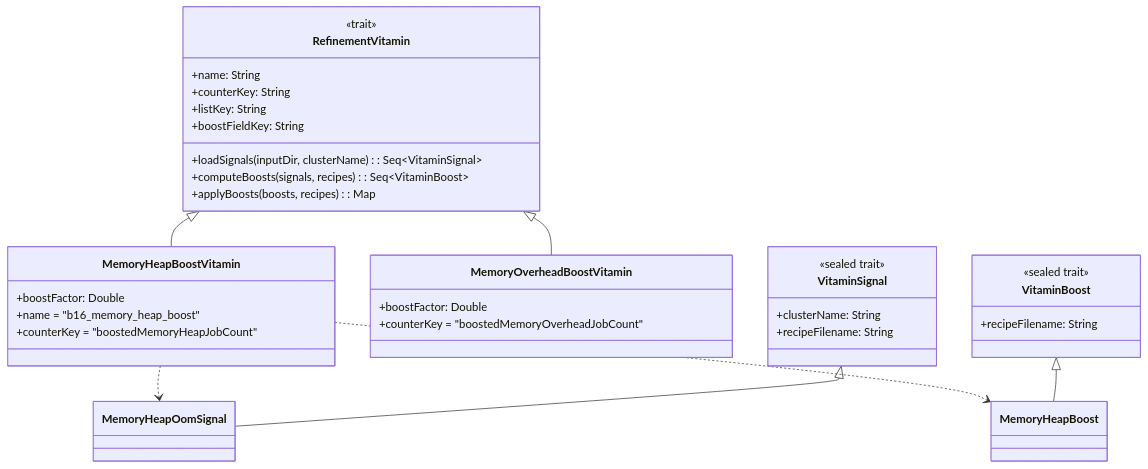
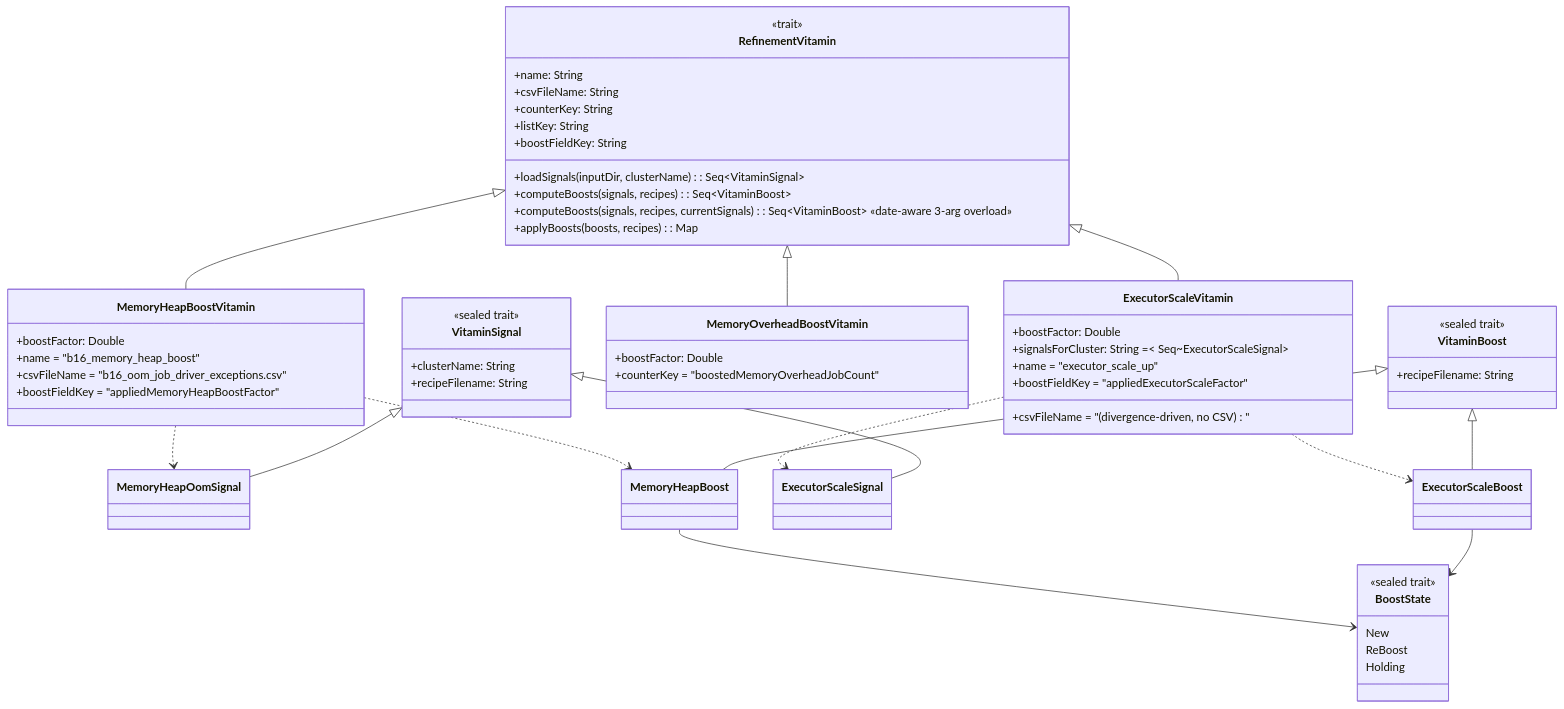
One commit to albertols/spark-cluster-job-tuner changed the third of 3 diagrams in src/main/scala/com/db/serna/orchestration/cluster_tuning/single/refinement/_REFINEMENT.md. Above: the diagram before and after it, drawn with Mermaid. The commit also changed other lines of this file and 3 other files, not shown here.

````diff
--- a/src/main/scala/com/db/serna/orchestration/cluster_tuning/single/refinement/_REFINEMENT.md
+++ b/src/main/scala/com/db/serna/orchestration/cluster_tuning/single/refinement/_REFINEMENT.md
@@ -165,43 +187,68 @@
 ```mermaid
 classDiagram
     class RefinementVitamin {
         <<trait>>
         +name: String
+        +csvFileName: String
         +counterKey: String
         +listKey: String
         +boostFieldKey: String
         +loadSignals(inputDir, clusterName): Seq~VitaminSignal~
         +computeBoosts(signals, recipes): Seq~VitaminBoost~
+        +computeBoosts(signals, recipes, currentSignals): Seq~VitaminBoost~  «date-aware 3-arg overload»
         +applyBoosts(boosts, recipes): Map
     }
 
     class MemoryHeapBoostVitamin {
         +boostFactor: Double
         +name = "b16_memory_heap_boost"
-        +counterKey = "boostedMemoryHeapJobCount"
+        +csvFileName = "b16_oom_job_driver_exceptions.csv"
+        +boostFieldKey = "appliedMemoryHeapBoostFactor"
+    }
+
+    class ExecutorScaleVitamin {
+        +boostFactor: Double
+        +signalsForCluster: String =~ Seq~ExecutorScaleSignal~
+        +name = "executor_scale_up"
+        +csvFileName = "(divergence-driven, no CSV)"
+        +boostFieldKey = "appliedExecutorScaleFactor"
     }
 
     class MemoryOverheadBoostVitamin {
         +boostFactor: Double
         +counterKey = "boostedMemoryOverheadJobCount"
     }
 
     RefinementVitamin <|-- MemoryHeapBoostVitamin
+    RefinementVitamin <|-- ExecutorScaleVitamin
     RefinementVitamin <|-- MemoryOverheadBoostVitamin
 
     class VitaminSignal {
         <<sealed trait>>
         +clusterName: String
         +recipeFilename: String
     }
 
     class VitaminBoost {
         <<sealed trait>>
         +recipeFilename: String
     }
 
+    class BoostState {
+        <<sealed trait>>
+        New
+        ReBoost
+        Holding
+    }
+
     MemoryHeapBoostVitamin ..> MemoryHeapOomSignal
     MemoryHeapBoostVitamin ..> MemoryHeapBoost
+    ExecutorScaleVitamin ..> ExecutorScaleSignal
+    ExecutorScaleVitamin ..> ExecutorScaleBoost
     VitaminSignal <|-- MemoryHeapOomSignal
+    VitaminSignal <|-- ExecutorScaleSignal
     VitaminBoost <|-- MemoryHeapBoost
+    VitaminBoost <|-- ExecutorScaleBoost
+    MemoryHeapBoost --> BoostState
+    ExecutorScaleBoost --> BoostState
 ```
````
